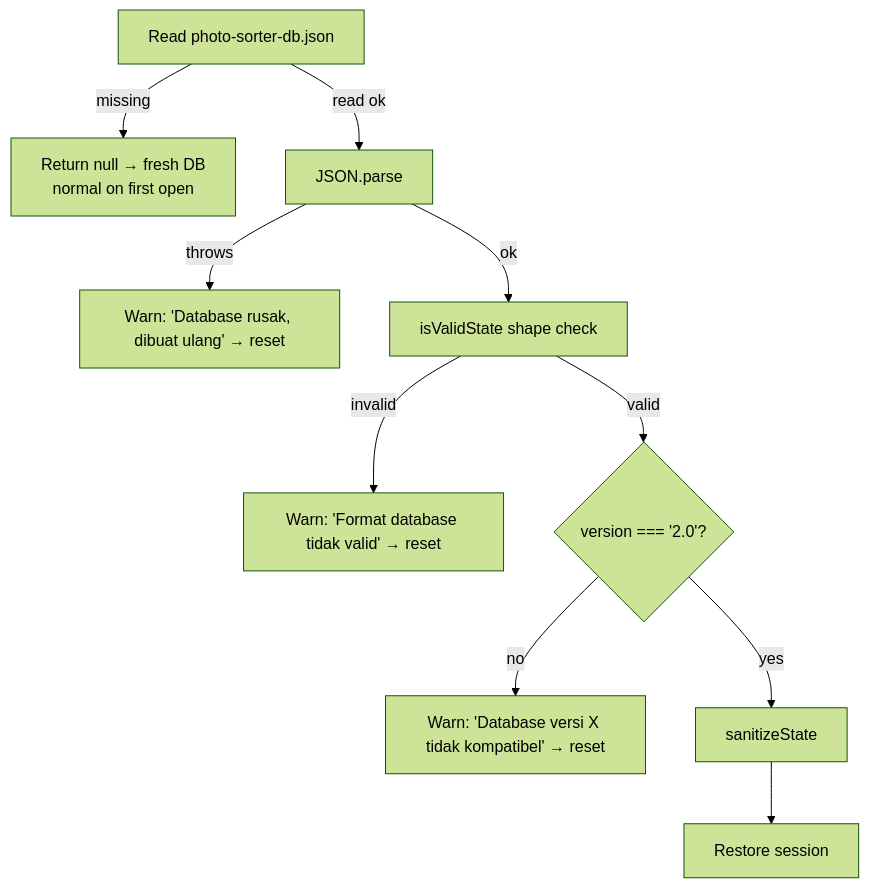
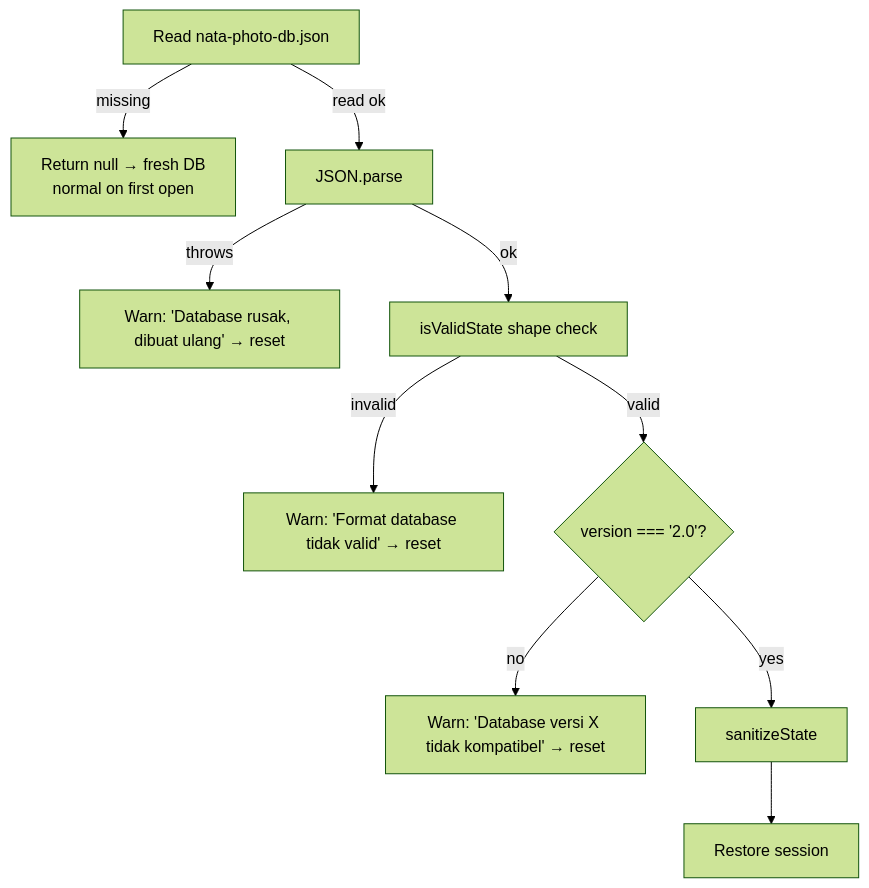
One commit to frama21/photo-sorter changed the second of 2 diagrams in docs/SPEC.md. Above: the diagram before and after it, drawn with Mermaid (forest theme). The commit also changed other lines of this file and 149 other files, not shown here.

````diff
--- a/docs/SPEC.md
+++ b/docs/SPEC.md
@@ -342,12 +343,12 @@
 ```mermaid
 flowchart TD
-    A[Read photo-sorter-db.json] -->|missing| Z[Return null → fresh DB<br/>normal on first open]
+    A[Read nata-photo-db.json] -->|missing| Z[Return null → fresh DB<br/>normal on first open]
     A -->|read ok| B[JSON.parse]
     B -->|throws| C["Warn: 'Database rusak, dibuat ulang' → reset"]
     B -->|ok| D[isValidState shape check]
     D -->|invalid| E["Warn: 'Format database tidak valid' → reset"]
     D -->|valid| F{version === '2.0'?}
     F -->|no| G["Warn: 'Database versi X tidak kompatibel' → reset"]
     F -->|yes| H[sanitizeState]
     H --> I[Restore session]
 ```
````
